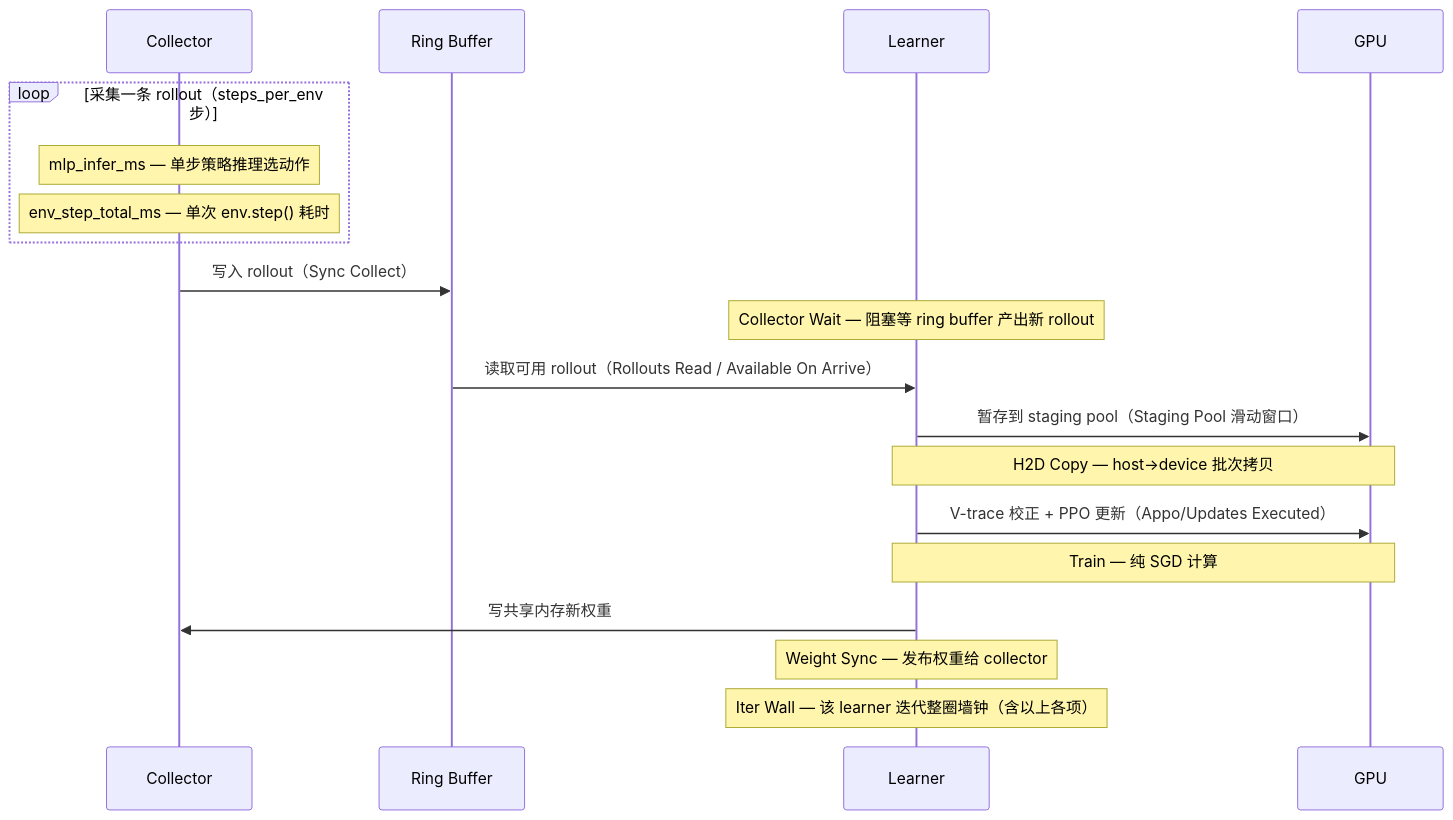
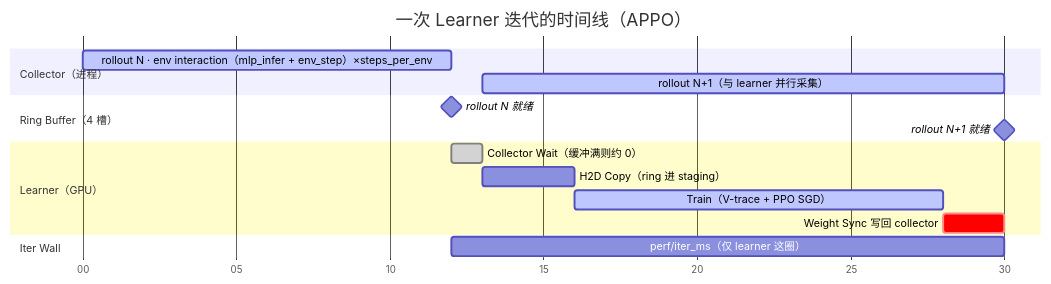
One commit to Motphys/UniLab changed the diagram in docs/sphinx/source/zh_CN/2-user_guide/1-training/3-logging.md. Above: the diagram before and after it, drawn with Mermaid. The commit also changed other lines of this file and 3 other files, not shown here.

````diff
--- a/docs/sphinx/source/zh_CN/2-user_guide/1-training/3-logging.md
+++ b/docs/sphinx/source/zh_CN/2-user_guide/1-training/3-logging.md
@@ -113,21 +113,23 @@
 ```{mermaid}
-sequenceDiagram
-    participant C as Collector
-    participant R as Ring Buffer
-    participant L as Learner
-    participant G as GPU
-    loop 采集一条 rollout（steps_per_env 步）
-        Note over C: mlp_infer_ms — 单步策略推理选动作
-        Note over C: env_step_total_ms — 单次 env.step() 耗时
-    end
-    C->>R: 写入 rollout（Sync Collect）
-    Note over L: Collector Wait — 阻塞等 ring buffer 产出新 rollout
-    R->>L: 读取可用 rollout（Rollouts Read / Available On Arrive）
-    L->>G: 暂存到 staging pool（Staging Pool 滑动窗口）
-    Note over L,G: H2D Copy — host→device 批次拷贝
-    L->>G: V-trace 校正 + PPO 更新（Appo/Updates Executed）
-    Note over L,G: Train — 纯 SGD 计算
-    L->>C: 写共享内存新权重
-    Note over L: Weight Sync — 发布权重给 collector
-    Note over L: Iter Wall — 该 learner 迭代整圈墙钟（含以上各项）
+gantt
+    title 一次 Learner 迭代的时间线（APPO）
+    dateFormat x
+    axisFormat %S
+
+    section Collector（进程）
+    rollout N · env interaction（mlp_infer + env_step）×steps_per_env :active, c0, 0, 12000
+    rollout N+1（与 learner 并行采集）                                :active, c1, 13000, 30000
+
+    section Ring Buffer（4 槽）
+    rollout N 就绪    :milestone, r0, 12000, 12000
+    rollout N+1 就绪  :milestone, r1, 30000, 30000
+
+    section Learner（GPU）
+    Collector Wait（缓冲满则约 0）    :done,   l0, 12000, 13000
+    H2D Copy（ring 进 staging）       :        l1, 13000, 16000
+    Train（V-trace + PPO SGD）        :active, l2, 16000, 28000
+    Weight Sync 写回 collector        :crit,   l3, 28000, 30000
+
+    section Iter Wall
+    perf/iter_ms（仅 learner 这圈）   :        l4, 12000, 30000
 ```
````
